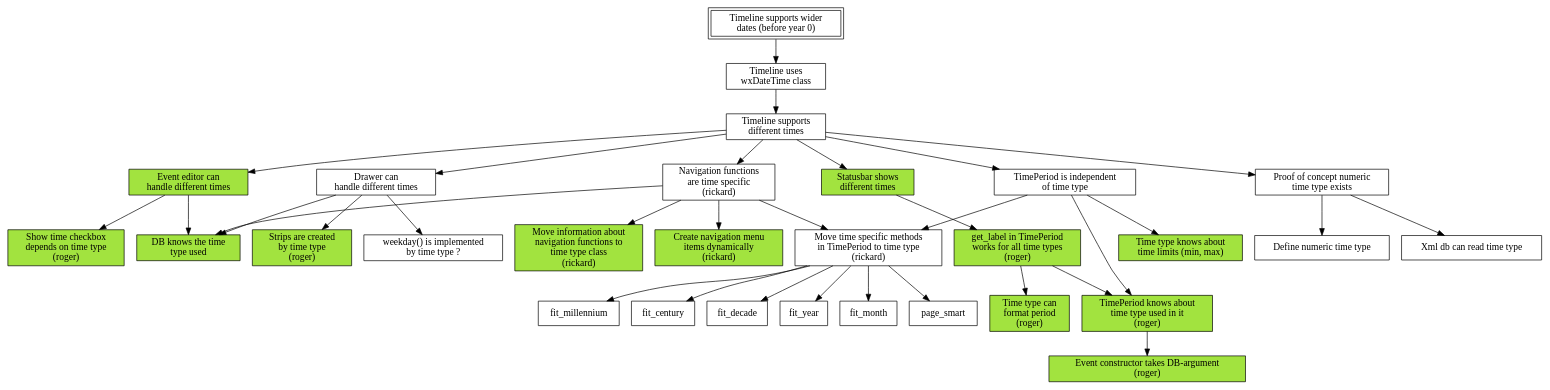
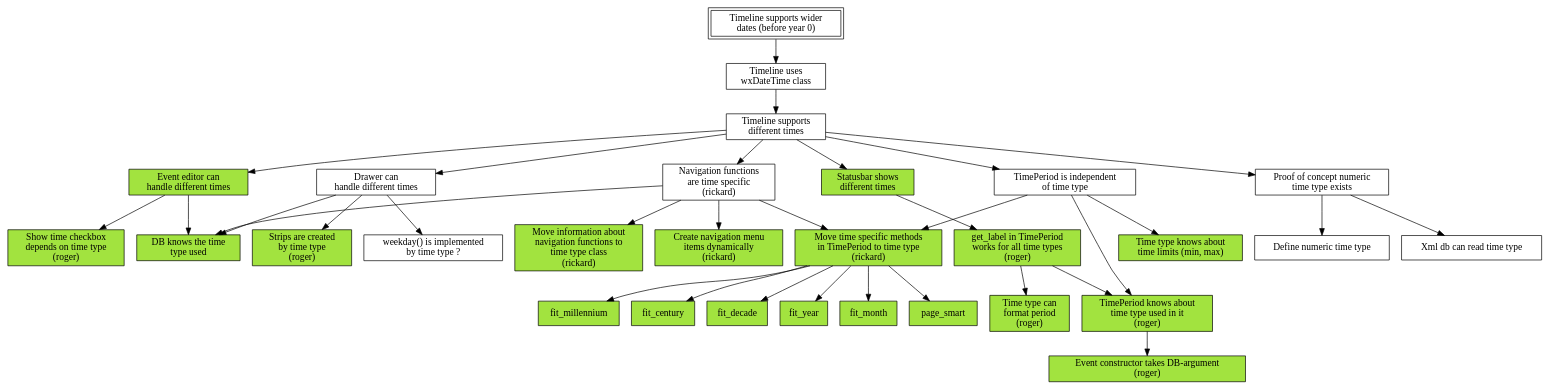
Before and after one commit to shutaozhenzhen/thetimelineproj: the diagram in mikado.dot, drawn with Graphviz.

Commit message:
Mark tasks as done in mikado graph.

```diff
--- a/mikado.dot
+++ b/mikado.dot
@@ -1,97 +1,105 @@
 digraph mikado
 {
     node [shape=box];
 
     wider_dates [label="Timeline supports wider\ndates (before year 0)"];
     wider_dates [peripheries=2];
         wider_dates -> switch_to_wx_time;
 
     switch_to_wx_time [label="Timeline uses\nwxDateTime class"];
         switch_to_wx_time -> different_time;
 
     different_time [label="Timeline supports\ndifferent times "];
         different_time -> event_editor;
         different_time -> drawer;
         different_time -> navigation;
         different_time -> status_bar;
         different_time -> time_period_independent;
         different_time -> numeric_time_type;
 
     numeric_time_type [label="Proof of concept numeric\ntime type exists"];
         numeric_time_type -> define_numeric_time_type;
         numeric_time_type -> db_reads_time_type;
 
     time_period_independent [label="TimePeriod is independent\nof time type"];
         time_period_independent -> time_period_knows_type;
         time_period_independent -> time_period;
         time_period_independent -> time_limits_in_time_type;
 
     event_editor [label="Event editor can\nhandle different times"];
     event_editor [style=filled,fillcolor="#A2E33F"];
         event_editor -> show_time;
         event_editor -> db_has_type_info;
 
     drawer [label="Drawer can\nhandle different times"];
         drawer -> db_has_type_info;
         drawer -> strips_in_time_type;
 	drawer -> weekday_in_time_type;
 	
     navigation [label="Navigation functions\nare time specific\n(rickard)"];
         navigation -> db_has_type_info;
         navigation -> move_nav_to_time_type;
         navigation -> create_menu_items_dynamically;
         navigation -> time_period;
 
     time_period [label="Move time specific methods\nin TimePeriod to time type\n(rickard)"];
+    time_period [style=filled,fillcolor="#A2E33F"];
         time_period -> fit_millennium;
         time_period -> fit_century;
         time_period -> fit_decade;
         time_period -> fit_year;
         time_period -> fit_month;
         time_period -> page_smart;
 
     status_bar [label="Statusbar shows\ndifferent times"];
     status_bar [style=filled,fillcolor="#A2E33F"];
         status_bar -> get_label;
         get_label -> time_period_knows_type;
 
     get_label [label="get_label in TimePeriod\nworks for all time types\n(roger)"];
     get_label [style=filled,fillcolor="#A2E33F"];
         get_label -> type_format;
 
     time_period_knows_type [label="TimePeriod knows about\ntime type used in it\n(roger)"];
     time_period_knows_type [style=filled,fillcolor="#A2E33F"];
 	time_period_knows_type -> event_constructor;
 
     // Leaves
 
     define_numeric_time_type [label="Define numeric time type"];
 
     db_reads_time_type [label="Xml db can read time type"];
 
     show_time [label="Show time checkbox\ndepends on time type\n(roger)"];
     show_time [style=filled,fillcolor="#A2E33F"];
 
     db_has_type_info [label="DB knows the time\ntype used"];
     db_has_type_info [style=filled,fillcolor="#A2E33F"];
 
     move_nav_to_time_type [label="Move information about\nnavigation functions to\ntime type class\n(rickard)"];
     move_nav_to_time_type [style=filled,fillcolor="#A2E33F"];
 
     create_menu_items_dynamically [label="Create navigation menu\nitems dynamically\n(rickard)"];
     create_menu_items_dynamically [style=filled,fillcolor="#A2E33F"];
 
     type_format [label="Time type can\nformat period\n(roger)"];
     type_format [style=filled,fillcolor="#A2E33F"];
     
     event_constructor [label="Event constructor takes DB-argument\n(roger)"];
     event_constructor [style=filled,fillcolor="#A2E33F"];
 
     strips_in_time_type [label="Strips are created\nby time type\n(roger)"];
     strips_in_time_type [style=filled,fillcolor="#A2E33F"];
 
     time_limits_in_time_type [label="Time type knows about\ntime limits (min, max)"];
     time_limits_in_time_type [style=filled,fillcolor="#A2E33F"];
     
     weekday_in_time_type [label="weekday() is implemented\nby time type ?"]
+
+    fit_millennium [style=filled,fillcolor="#A2E33F"];
+    fit_century [style=filled,fillcolor="#A2E33F"];
+    fit_decade [style=filled,fillcolor="#A2E33F"];
+    fit_year [style=filled,fillcolor="#A2E33F"];
+    fit_month [style=filled,fillcolor="#A2E33F"];
+    page_smart [style=filled,fillcolor="#A2E33F"];
 }
```
